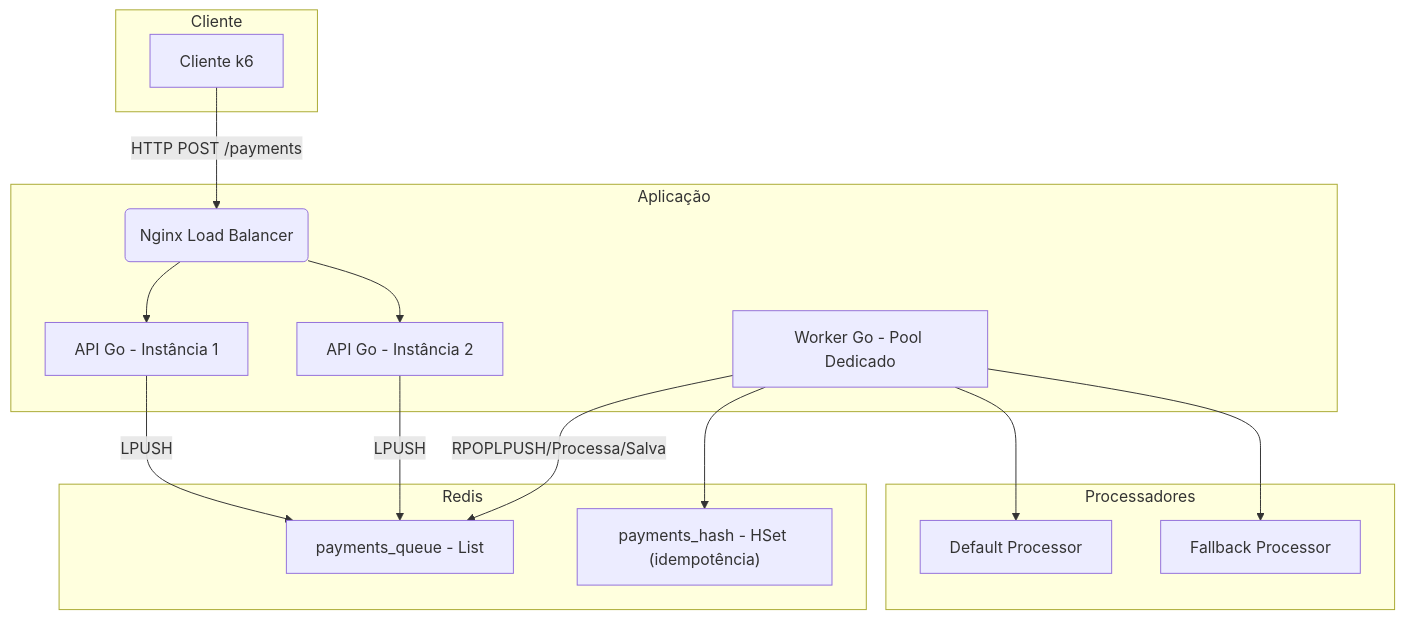
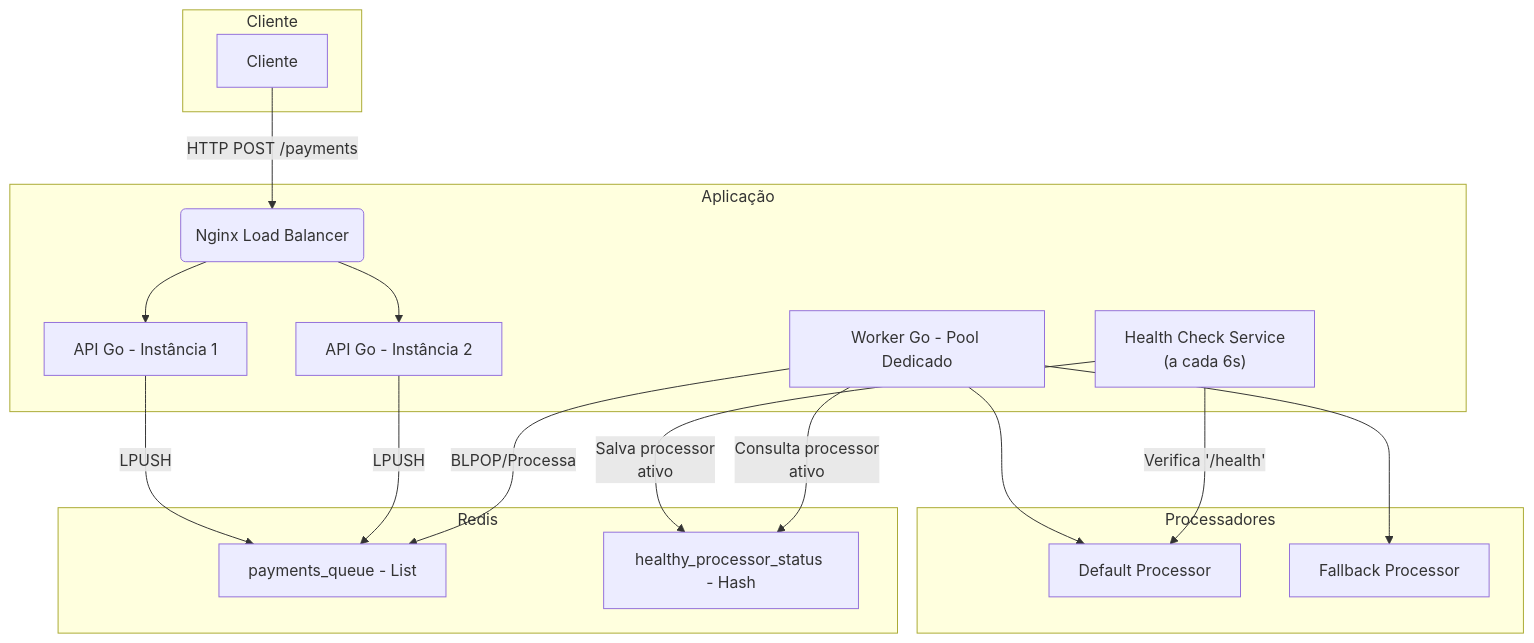
The diagram in README.md (rodrigo-militao/go-rinha-backend-2025), drawn with Mermaid before and after one commit.

Commit message:
ajustes readme

````diff
--- a/README.md
+++ b/README.md
@@ -9,33 +9,37 @@
 ```mermaid
 graph TD
     subgraph Cliente
-        A[Cliente k6]
+        A[Cliente]
     end
 
     subgraph Aplicação
         B(Nginx Load Balancer)
         C1[API Go - Instância 1]
         C2[API Go - Instância 2]
         D[Worker Go - Pool Dedicado]
+        I["Health Check Service<br/>(a cada 6s)"]
     end
 
     subgraph Redis
         E[payments_queue - List]
-        F["payments_hash - HSet (idempotência)"]
+        F[healthy_processor_status - Hash]
     end
 
     subgraph Processadores
         G[Default Processor]
         H[Fallback Processor]
     end
 
     A -->|HTTP POST /payments| B
     B --> C1
     B --> C2
     C1 -->|LPUSH| E
     C2 -->|LPUSH| E
-    D -->|RPOPLPUSH/Processa/Salva| E
-    D --> F
+    D -->|BLPOP/Processa| E
     D --> G
     D --> H
+
+    I -->|Verifica '/health'| G
+    I -->|"Salva processor<br/>ativo"| F
+    D -->|"Consulta processor<br/>ativo"| F
 ```
````
